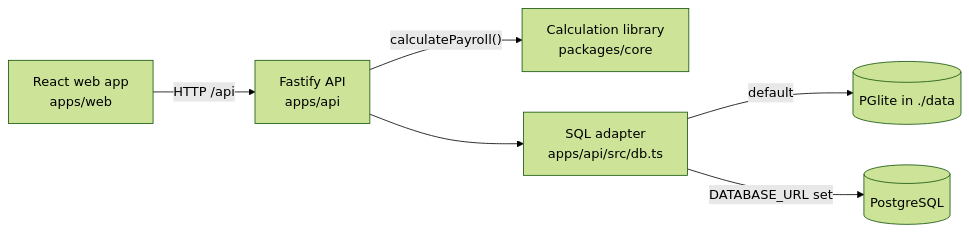
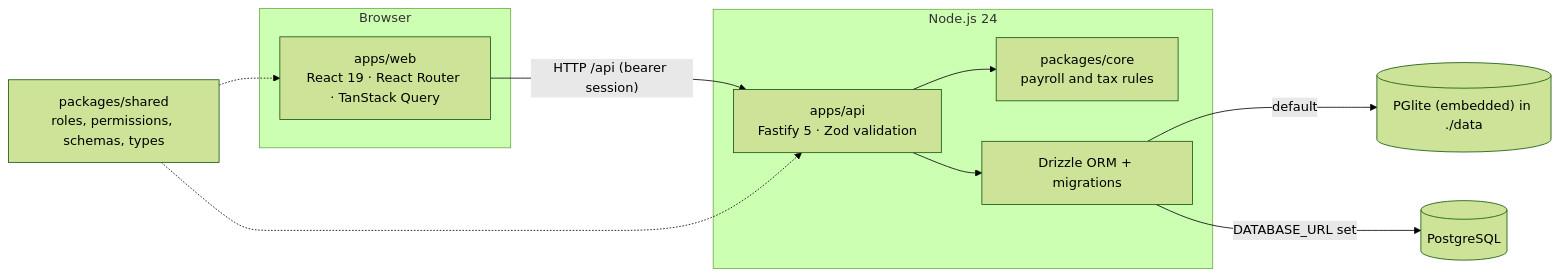
One commit to mehulp007/PayFlow changed the diagram in README.md. Above: the diagram before and after it, drawn with Mermaid (forest theme). The commit also changed other lines of this file and 7 other files, not shown here.

Commit message:
docs: update README and screenshots for the Phase 1 architecture

````diff
--- a/README.md
+++ b/README.md
@@ -33,8 +31,19 @@
 ```mermaid
 flowchart LR
-  Web["React web app<br/>apps/web"] -->|"HTTP /api"| API["Fastify API<br/>apps/api"]
-  API -->|"calculatePayroll()"| Core["Calculation library<br/>packages/core"]
-  API --> Store["SQL adapter<br/>apps/api/src/db.ts"]
-  Store -->|"default"| Local[(PGlite in ./data)]
-  Store -->|"DATABASE_URL set"| PG[(PostgreSQL)]
+  subgraph Browser
+    Web["apps/web<br/>React 19 · React Router · TanStack Query"]
+  end
+  subgraph Node["Node.js 24"]
+    API["apps/api<br/>Fastify 5 · Zod validation"]
+    Core["packages/core<br/>payroll and tax rules"]
+    DB["Drizzle ORM + migrations"]
+  end
+  Shared["packages/shared<br/>roles, permissions, schemas, types"]
+  Web -->|"HTTP /api (bearer session)"| API
+  API --> Core
+  API --> DB
+  DB -->|"default"| PGlite[("PGlite (embedded) in ./data")]
+  DB -->|"DATABASE_URL set"| PG[("PostgreSQL")]
+  Shared -.-> Web
+  Shared -.-> API
 ```
````
